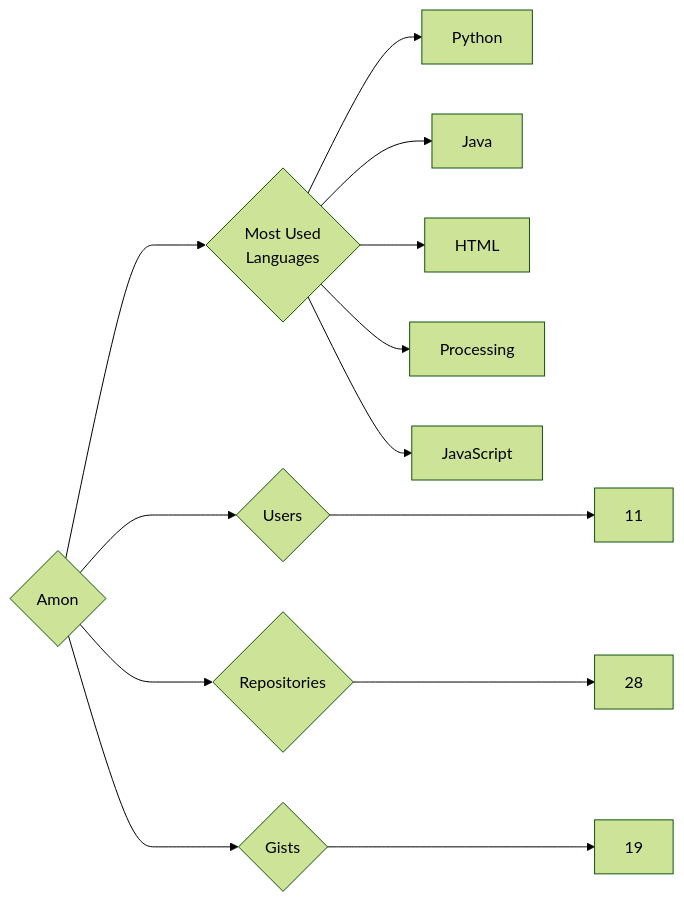
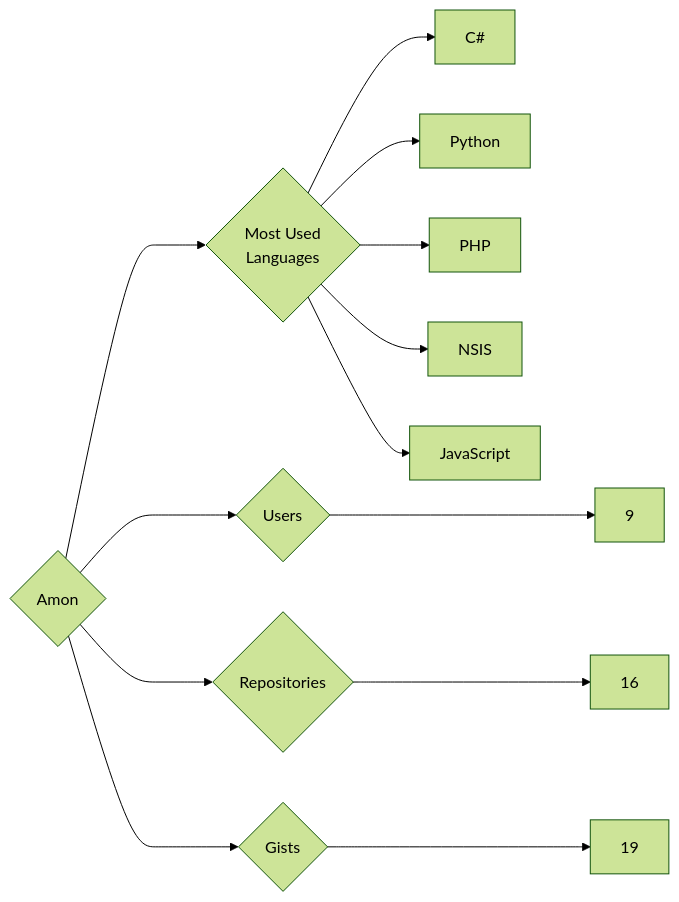
Before and after one commit to trickest/insiders: the diagram in targets/Amon/README.md, drawn with Mermaid (forest theme). The commit also changed 964 other files, not shown here.

````diff
--- a/targets/Amon/README.md
+++ b/targets/Amon/README.md
@@ -3,13 +3,13 @@
 ```mermaid
 graph LR
 COMPANY_NAME{Amon}
-COMPANY_NAME ---> U{Users} ---> UN[11]
-COMPANY_NAME ---> R{Repositories} ---> RN[28]
+COMPANY_NAME ---> U{Users} ---> UN[9]
+COMPANY_NAME ---> R{Repositories} ---> RN[16]
 COMPANY_NAME ---> G{Gists} ---> GN[19]
 COMPANY_NAME ---> ML{Most Used<br>Languages}
+ML --> C#[C#]
 ML --> Python[Python]
-ML --> Java[Java]
-ML --> HTML[HTML]
-ML --> Processing[Processing]
+ML --> PHP[PHP]
+ML --> NSIS[NSIS]
 ML --> JavaScript[JavaScript]
 ```
````
